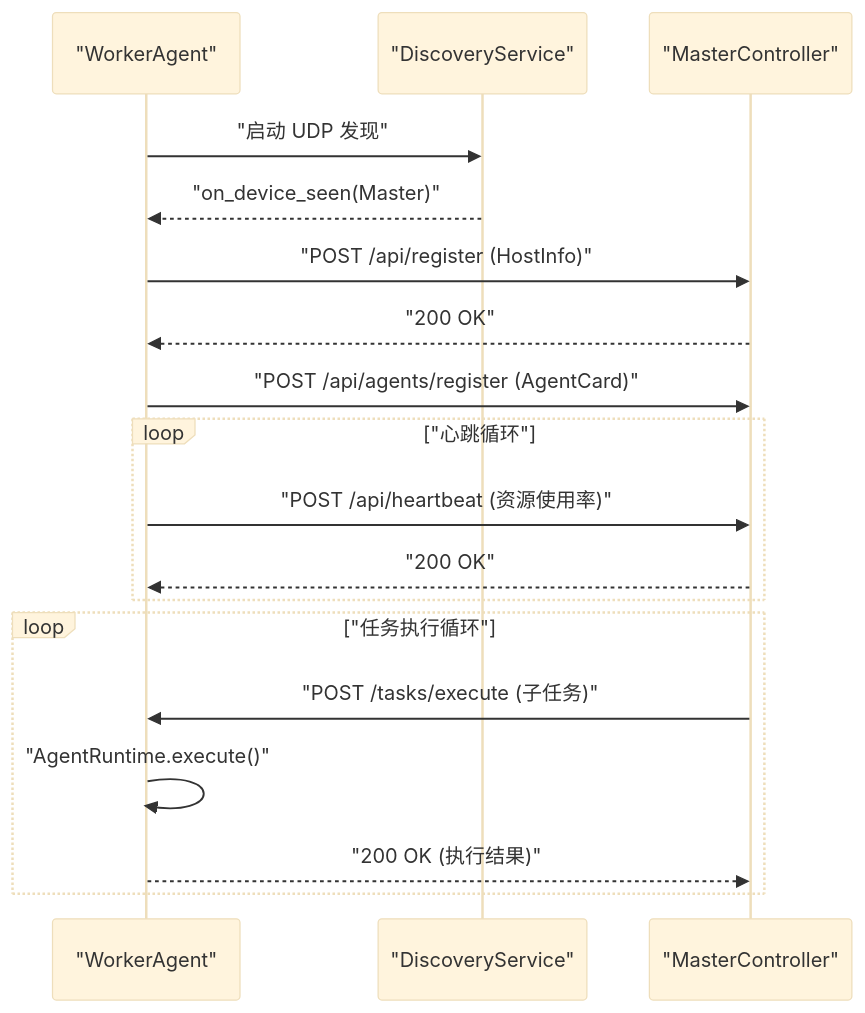
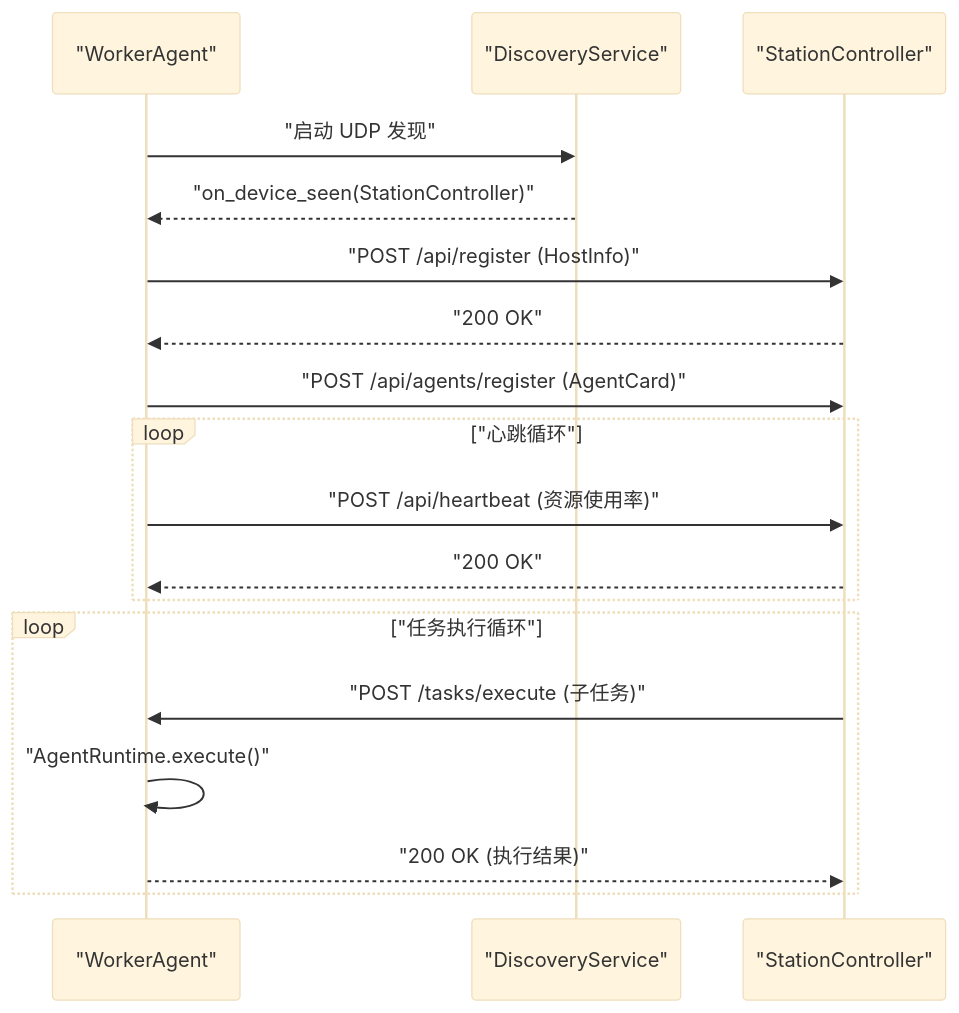
Before and after one commit to targalian/Personal-distributed-workstation: the fourth of 14 diagrams in .qoder/repowiki/zh/content/架构设计/架构设计.md, drawn with Mermaid (base theme). The commit also changed other lines of this file and 85 other files, not shown here.

````diff
--- a/.qoder/repowiki/zh/content/架构设计/架构设计.md
+++ b/.qoder/repowiki/zh/content/架构设计/架构设计.md
@@ -378,20 +414,20 @@
 ```mermaid
 sequenceDiagram
 participant W as "WorkerAgent"
 participant D as "DiscoveryService"
-participant M as "MasterController"
+participant S as "StationController"
 W->>D : "启动 UDP 发现"
-D-->>W : "on_device_seen(Master)"
-W->>M : "POST /api/register (HostInfo)"
-M-->>W : "200 OK"
-W->>M : "POST /api/agents/register (AgentCard)"
+D-->>W : "on_device_seen(StationController)"
+W->>S : "POST /api/register (HostInfo)"
+S-->>W : "200 OK"
+W->>S : "POST /api/agents/register (AgentCard)"
 loop "心跳循环"
-W->>M : "POST /api/heartbeat (资源使用率)"
-M-->>W : "200 OK"
+W->>S : "POST /api/heartbeat (资源使用率)"
+S-->>W : "200 OK"
 end
 loop "任务执行循环"
-M->>W : "POST /tasks/execute (子任务)"
+S->>W : "POST /tasks/execute (子任务)"
 W->>W : "AgentRuntime.execute()"
-W-->>M : "200 OK (执行结果)"
+W-->>S : "200 OK (执行结果)"
 end
 ```
````
